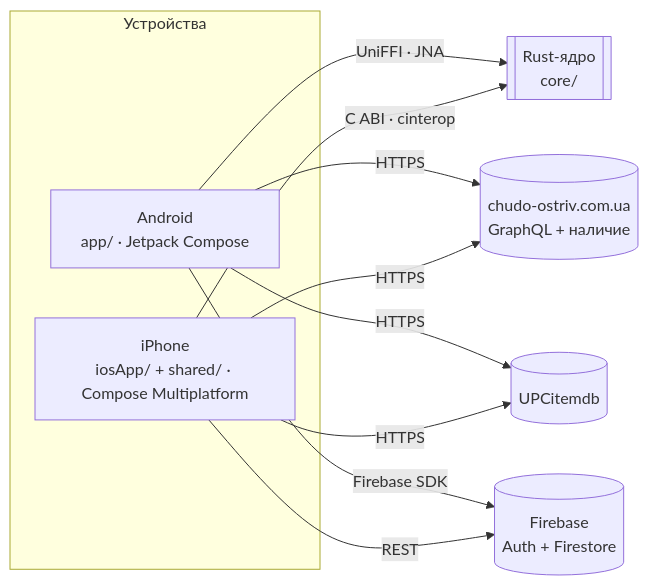
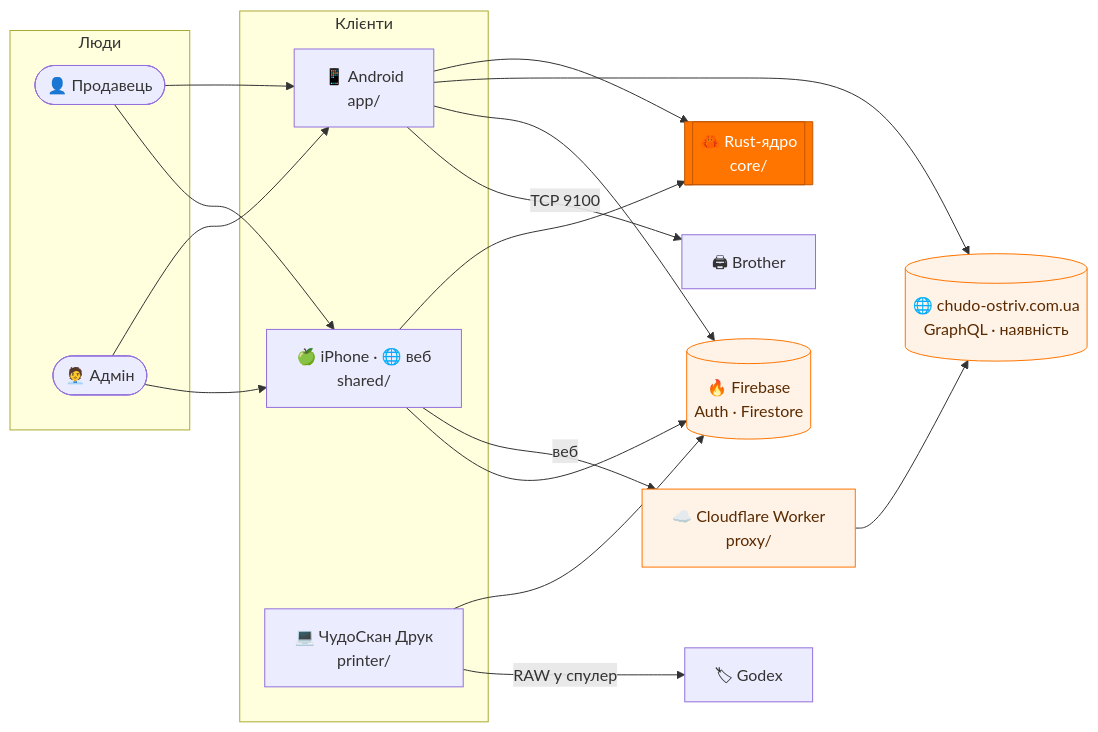
The first of 10 diagrams in ARCHITECTURE.md (Nikifor3663636/chudoskan), drawn with Mermaid before and after one commit. The commit also changed other lines of this file and 1 other file, not shown here.

First line of the commit message:
README і ARCHITECTURE: новий вигляд, діаграми, актуальний стан 3.0

````diff
--- a/ARCHITECTURE.md
+++ b/ARCHITECTURE.md
@@ -38,16 +27,31 @@
 ```mermaid
 flowchart LR
-    subgraph Devices[Устройства]
-        A[Android<br/>app/ · Jetpack Compose]
-        I[iPhone<br/>iosApp/ + shared/ · Compose Multiplatform]
+    subgraph people["Люди"]
+        seller(["👤 Продавець"])
+        admin(["🧑‍💼 Адмін"])
     end
-    C[[Rust-ядро<br/>core/]]
-    A -- UniFFI · JNA --> C
-    I -- C ABI · cinterop --> C
-    A -- HTTPS --> S[(chudo-ostriv.com.ua<br/>GraphQL + наличие)]
-    I -- HTTPS --> S
-    A -- HTTPS --> U[(UPCitemdb)]
-    I -- HTTPS --> U
-    A -- Firebase SDK --> F[(Firebase<br/>Auth + Firestore)]
-    I -- REST --> F
+    subgraph clients["Клієнти"]
+        android["📱 Android<br/>app/"]
+        ios["🍏 iPhone · 🌐 веб<br/>shared/"]
+        pc["💻 ЧудоСкан Друк<br/>printer/"]
+    end
+    core[["🦀 Rust-ядро<br/>core/"]]
+    site[("🌐 chudo-ostriv.com.ua<br/>GraphQL · наявність")]
+    fb[("🔥 Firebase<br/>Auth · Firestore")]
+    proxy["☁️ Cloudflare Worker<br/>proxy/"]
+    brother["🖨 Brother"]
+    godex["🏷 Godex"]
+
+    seller & admin --> android & ios
+    android & ios --> core
+    android --> site
+    ios -->|веб| proxy --> site
+    android & ios & pc --> fb
+    android -->|"TCP 9100"| brother
+    pc -->|"RAW у спулер"| godex
+
+    classDef brand fill:#FF7500,stroke:#C25500,color:#fff;
+    classDef soft fill:#FFF3E8,stroke:#FF7500,color:#5A2A00;
+    class core brand;
+    class site,fb,proxy soft;
 ```
````
